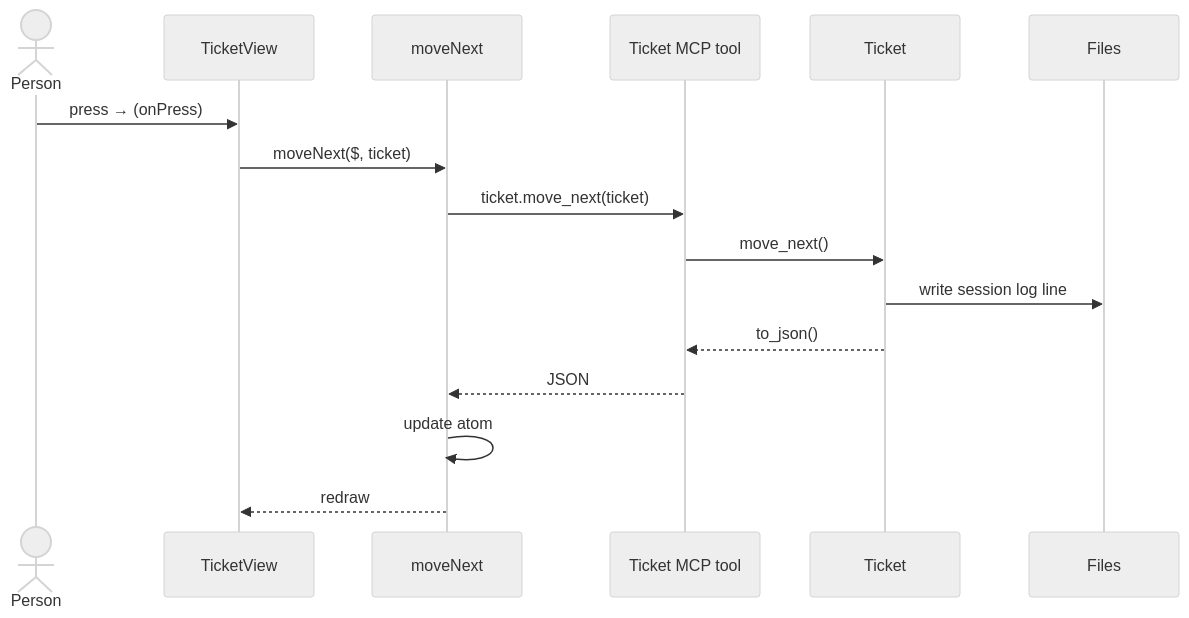
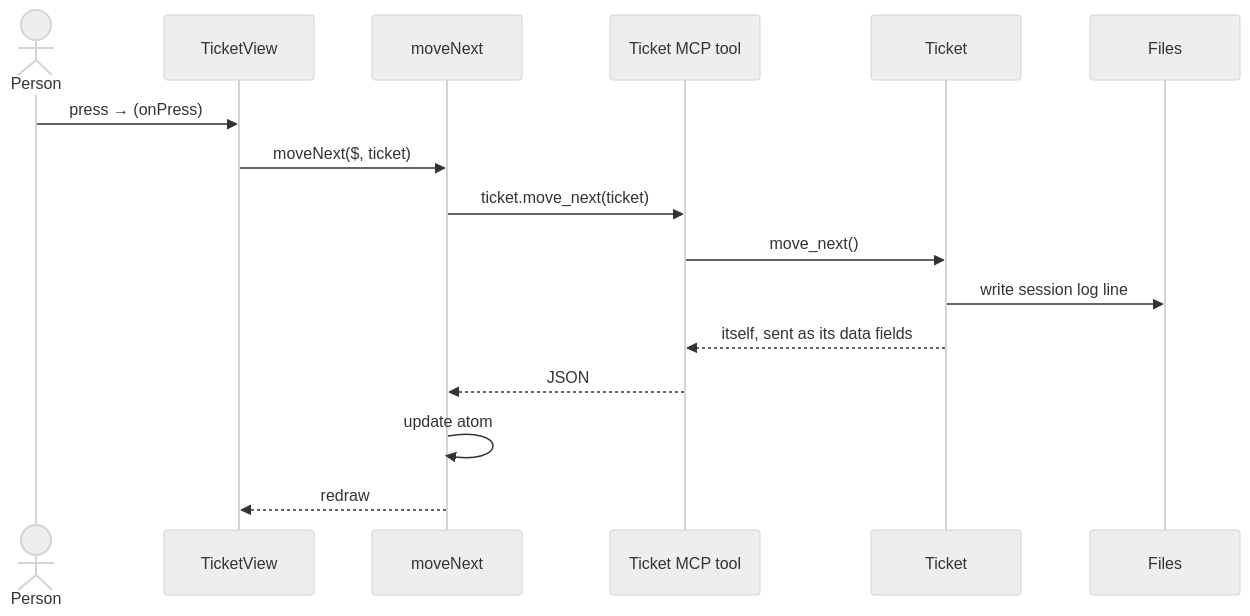
The second of 2 diagrams in cdd_guidance/patterns/cdd_claude_mod/cdd_claude_mod.md (abd-works/abd-context-driven-delivery), drawn with Mermaid (neutral theme) before and after one commit. The commit also changed other lines of this file and 69 other files, not shown here.

````diff
--- a/cdd_guidance/patterns/cdd_claude_mod/cdd_claude_mod.md
+++ b/cdd_guidance/patterns/cdd_claude_mod/cdd_claude_mod.md
@@ -105,19 +105,19 @@
 ```mermaid
 sequenceDiagram
   actor Person
   participant View as TicketView
   participant Action as moveNext
   participant Tool as Ticket MCP tool
   participant Domain as Ticket
   participant Files
 
   Person->>View: press → (onPress)
   View->>Action: moveNext($, ticket)
   Action->>Tool: ticket.move_next(ticket)
   Tool->>Domain: move_next()
   Domain->>Files: write session log line
-  Domain-->>Tool: to_json()
+  Domain-->>Tool: itself, sent as its data fields
   Tool-->>Action: JSON
   Action->>Action: update atom
   Action-->>View: redraw
 ```
````
